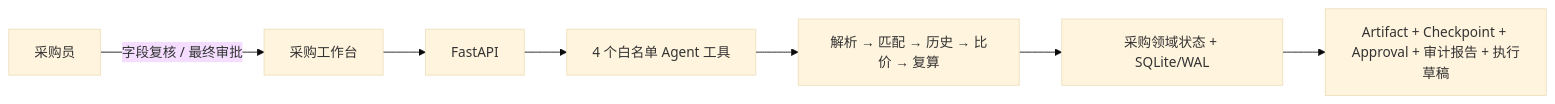
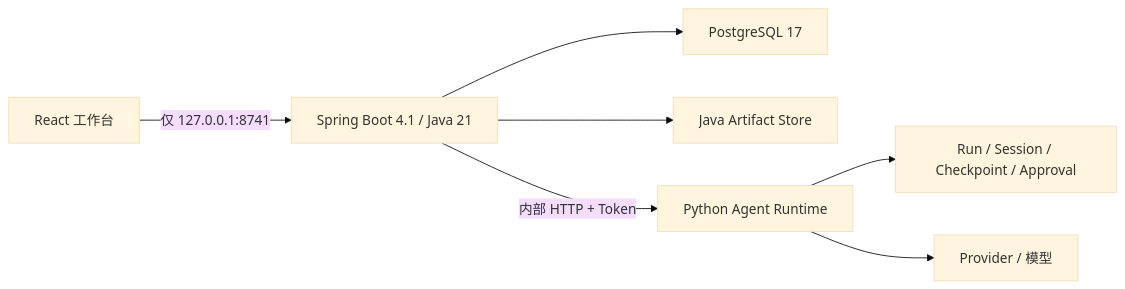
One commit to zxl666ab-sketch/agentharness changed the diagram in README.md. Above: the diagram before and after it, drawn with Mermaid (base theme). The commit also changed other lines of this file and 171 other files, not shown here.

````diff
--- a/README.md
+++ b/README.md
@@ -16,8 +23,9 @@
 ```mermaid
 flowchart LR
-    Web["采购工作台"] --> API["FastAPI"] --> Agent["4 个白名单 Agent 工具"]
-    Agent --> Pipeline["解析 → 匹配 → 历史 → 比价 → 复算"]
-    Pipeline --> Domain["采购领域状态 + SQLite/WAL"]
-    Domain --> Evidence["Artifact + Checkpoint + Approval + 审计报告 + 执行草稿"]
-    Buyer["采购员"] -->|"字段复核 / 最终审批"| Web
+    Browser["React 工作台"] -->|"仅 127.0.0.1:8741"| Java["Spring Boot 4.1 / Java 21"]
+    Java --> PG["PostgreSQL 17"]
+    Java --> Store["Java Artifact Store"]
+    Java -->|"内部 HTTP + Token"| Agent["Python Agent Runtime"]
+    Agent --> Runtime["Run / Session / Checkpoint / Approval"]
+    Agent --> Provider["Provider / 模型"]
 ```
````
